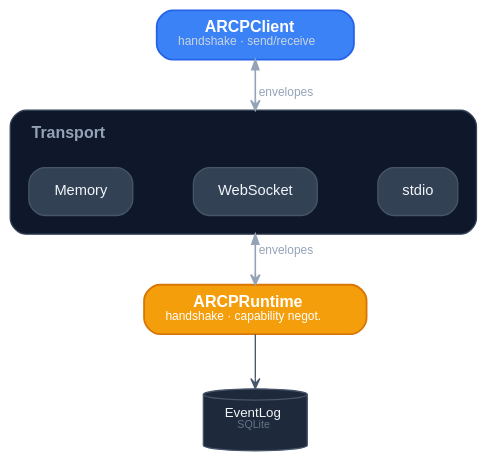
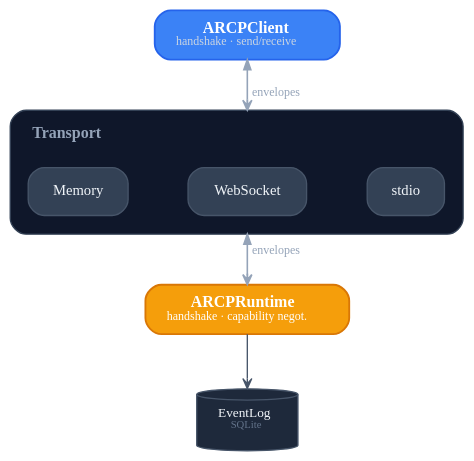
The diagram in docs/diagrams/architecture-dark.dot (agentruntimecontrolprotocol/kotlin-sdk), drawn with Graphviz before and after one commit. The commit also changed 3 other files, not shown here.

First line of the commit message:
Harmonize Graphviz diagrams with the ARCP design system

```diff
--- a/docs/diagrams/architecture-dark.dot
+++ b/docs/diagrams/architecture-dark.dot
@@ -1,48 +1,48 @@
 // ARCP Kotlin SDK architecture (dark)
 digraph KotlinSdkArchitecture {
-  rankdir=TB; bgcolor="transparent"; compound=true; fontname="Helvetica";
+  rankdir=TB; bgcolor="transparent"; compound=true; fontname="TT Commons Pro Trial";
   splines=spline; nodesep=0.32; ranksep=0.55; pad="0.35,0.25";
 
   node [shape=box, style="rounded,filled", fillcolor="#334155", color="#475569",
-        fontname="Helvetica", fontsize=11, fontcolor="#F1F5F9",
+        fontname="TT Commons Pro Trial", fontsize=11, fontcolor="#F1F5F9",
         margin="0.22,0.11", penwidth=1.0];
-  edge [fontname="Helvetica", fontsize=9, fontcolor="#94A3B8", color="#64748B",
+  edge [fontname="TT Commons Pro Trial", fontsize=9, fontcolor="#94A3B8", color="#64748B",
         penwidth=1.1, arrowsize=0.75, arrowhead=vee];
 
   Client [
     label=<<FONT POINT-SIZE="12"><B>ARCPClient</B></FONT><BR/><FONT POINT-SIZE="9" COLOR="#CBD5E1">handshake · send/receive</FONT>>,
     fillcolor="#3B82F6", color="#2563EB", fontcolor="white", penwidth=1.4
   ];
 
   Runtime [
     label=<<FONT POINT-SIZE="12"><B>ARCPRuntime</B></FONT><BR/><FONT POINT-SIZE="9" COLOR="white">handshake · capability negot.</FONT>>,
     fillcolor="#F59E0B", color="#D97706", fontcolor="white", penwidth=1.4
   ];
 
   subgraph cluster_transport {
     label=<<TABLE BORDER="0" CELLBORDER="0" CELLPADDING="0" CELLSPACING="0"><TR><TD COLSPAN="3" HEIGHT="8"></TD></TR><TR><TD WIDTH="8"></TD><TD><FONT POINT-SIZE="12"><B>Transport</B></FONT></TD><TD WIDTH="8"></TD></TR></TABLE>>;
     style="rounded,filled";
     fillcolor="#0F172A"; color="#334155";
-    fontname="Helvetica"; fontcolor="#94A3B8";
+    fontname="TT Commons Pro Trial"; fontcolor="#94A3B8";
     margin=14; labeljust=l; penwidth=1.0;
 
     Memory [label="Memory"];
     Ws     [label="WebSocket"];
     Stdio  [label="stdio"];
 
     Memory -> Ws -> Stdio [style=invis];
     { rank=same; Memory; Ws; Stdio; }
   }
 
   EventLog [
     label=<<FONT POINT-SIZE="10">EventLog</FONT><BR/><FONT POINT-SIZE="8" COLOR="#64748B">SQLite</FONT>>,
     shape=cylinder, fillcolor="#1E293B"
   ];
 
   edge [color="#94A3B8", penwidth=1.2];
   Client  -> Ws [dir=both, label="envelopes", lhead=cluster_transport];
   Ws      -> Runtime [dir=both, label="envelopes", ltail=cluster_transport];
 
   edge [color="#475569", penwidth=1.0];
   Runtime -> EventLog;
 }
```
